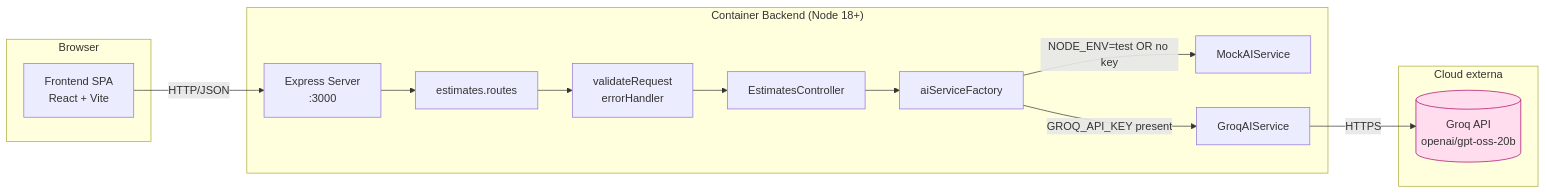
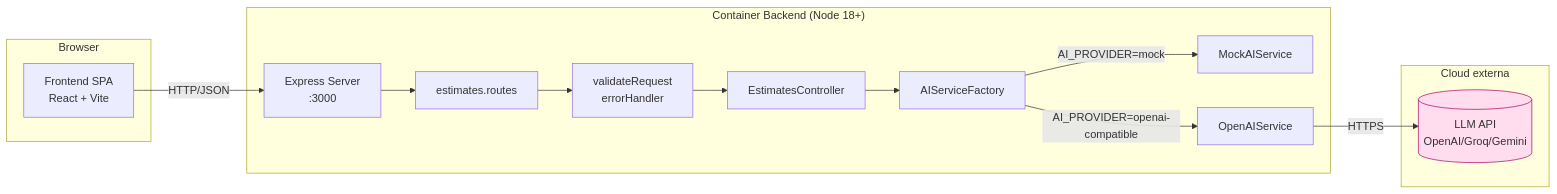
The third of 3 diagrams in docs/UML.md (sidneydeus/mvp-estimator), drawn with Mermaid before and after one commit. The commit also changed other lines of this file and 10 other files, not shown here.

````diff
--- a/docs/UML.md
+++ b/docs/UML.md
@@ -138,32 +103,32 @@
 ```mermaid
 flowchart LR
     subgraph Browser
         SPA[Frontend SPA<br/>React + Vite]
     end
 
     subgraph "Container Backend (Node 18+)"
         Express[Express Server<br/>:3000]
         Routes[estimates.routes]
         MW[validateRequest<br/>errorHandler]
         Ctrl[EstimatesController]
-        Fac[aiServiceFactory]
+        Fac[AIServiceFactory]
         Mock[MockAIService]
-        Groq[GroqAIService]
+        OpenAI[OpenAIService]
     end
 
     subgraph "Cloud externa"
-        GroqAPI[(Groq API<br/>openai/gpt-oss-20b)]
+        LLM[(LLM API<br/>OpenAI/Groq/Gemini)]
     end
 
     SPA -- HTTP/JSON --> Express
     Express --> Routes
     Routes --> MW
     MW --> Ctrl
     Ctrl --> Fac
-    Fac -- "NODE_ENV=test OR no key" --> Mock
-    Fac -- "GROQ_API_KEY present" --> Groq
-    Groq -- HTTPS --> GroqAPI
+    Fac -- "AI_PROVIDER=mock" --> Mock
+    Fac -- "AI_PROVIDER=openai-compatible" --> OpenAI
+    OpenAI -- HTTPS --> LLM
 
     classDef external fill:#fde,stroke:#a06
-    class GroqAPI external
+    class LLM external
 ```
````
